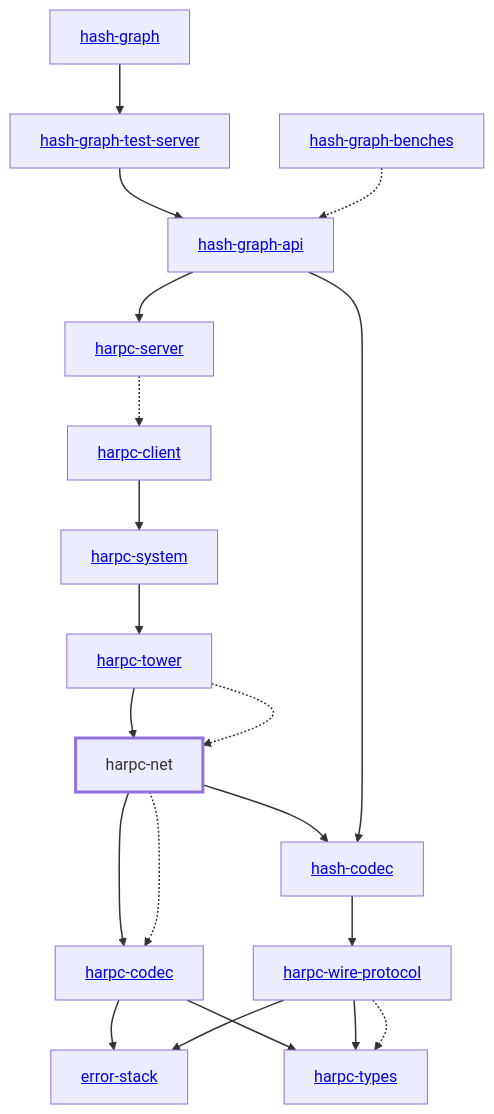
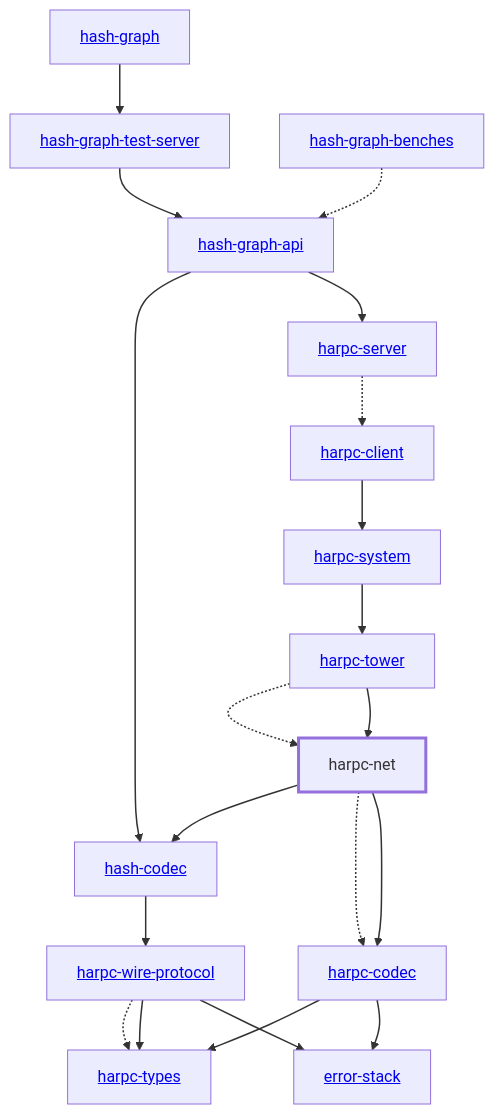
The diagram in libs/@local/harpc/net/docs/dependency-diagram.mmd (hashintel/hash), drawn with Mermaid before and after one commit. The commit also changed 34 other files, not shown here.

Commit message:
chore: update dependency diagrams

```diff
--- a/libs/@local/harpc/net/docs/dependency-diagram.mmd
+++ b/libs/@local/harpc/net/docs/dependency-diagram.mmd
@@ -1,44 +1,44 @@
 graph TD
     linkStyle default stroke-width:1.5px
     classDef default stroke-width:1px
     classDef root stroke-width:3px
     classDef dev stroke-width:1px
     classDef build stroke-width:1px
     %% Legend
     %% --> : Normal dependency
     %% -.-> : Dev dependency
     %% ---> : Build dependency
-    0[<a href="../harpc_tower/index.html">harpc-tower</a>]
-    1[<a href="../harpc_types/index.html">harpc-types</a>]
-    2[<a href="../harpc_wire_protocol/index.html">harpc-wire-protocol</a>]
-    3[<a href="../hash_codec/index.html">hash-codec</a>]
-    4[<a href="../hash_graph/index.html">hash-graph</a>]
-    5[<a href="../hash_graph_api/index.html">hash-graph-api</a>]
-    6[<a href="../hash_graph_test_server/index.html">hash-graph-test-server</a>]
-    7[<a href="../error_stack/index.html">error-stack</a>]
-    8[<a href="../hash_graph_benches/index.html">hash-graph-benches</a>]
-    9[<a href="../harpc_client/index.html">harpc-client</a>]
-    10[<a href="../harpc_codec/index.html">harpc-codec</a>]
-    11[harpc-net]
-    class 11 root
-    12[<a href="../harpc_server/index.html">harpc-server</a>]
-    13[<a href="../harpc_system/index.html">harpc-system</a>]
+    0[<a href="../hash_graph">hash-graph</a>]
+    1[<a href="../hash_codec">hash-codec</a>]
+    2[<a href="../hash_graph_api">hash-graph-api</a>]
+    3[<a href="../hash_graph_test_server">hash-graph-test-server</a>]
+    4[<a href="../harpc_client">harpc-client</a>]
+    5[<a href="../harpc_codec">harpc-codec</a>]
+    6[harpc-net]
+    class 6 root
+    7[<a href="../harpc_server">harpc-server</a>]
+    8[<a href="../harpc_system">harpc-system</a>]
+    9[<a href="../harpc_tower">harpc-tower</a>]
+    10[<a href="../harpc_types">harpc-types</a>]
+    11[<a href="../harpc_wire_protocol">harpc-wire-protocol</a>]
+    12[<a href="../error_stack">error-stack</a>]
+    13[<a href="../hash_graph_benches">hash-graph-benches</a>]
+    0 --> 3
+    1 --> 11
+    2 --> 1
+    2 --> 7
+    3 --> 2
+    4 --> 8
+    5 --> 10
     5 --> 12
-    9 --> 13
-    10 --> 7
-    10 --> 1
+    6 --> 1
+    6 -.-> 5
+    6 --> 5
+    7 -.-> 4
+    8 --> 9
+    9 -.-> 6
+    9 --> 6
+    11 -.-> 10
     11 --> 10
-    11 --> 3
-    11 -.-> 10
-    12 -.-> 9
-    6 --> 5
-    13 --> 0
-    0 --> 11
-    0 -.-> 11
-    2 --> 7
-    2 --> 1
-    2 -.-> 1
-    3 --> 2
-    5 --> 3
-    4 --> 6
-    8 -.-> 5
+    11 --> 12
+    13 -.-> 2
```
